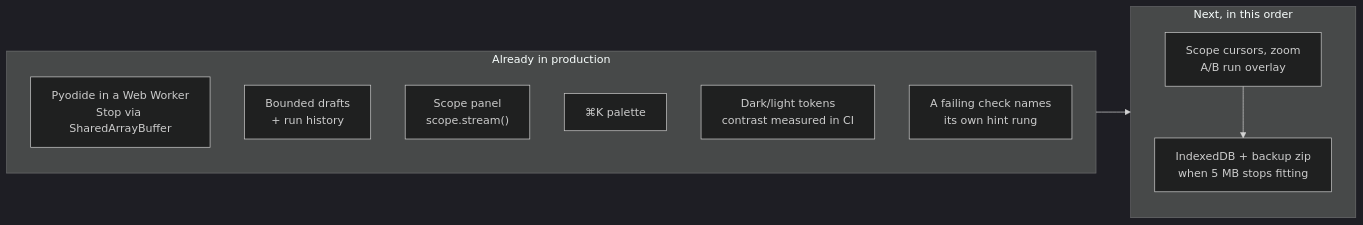
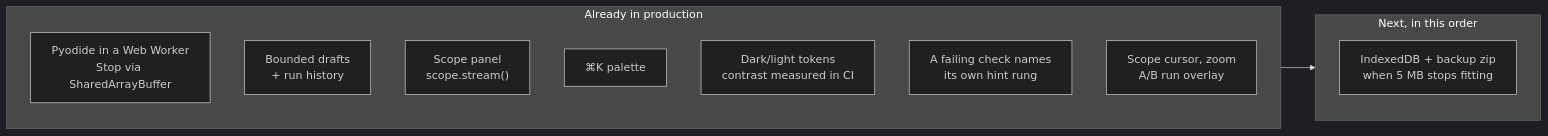
One commit to TLE47/Mechatronics-Roadmap changed the diagram in docs/PLAN-2.0-GAP.md. Above: the diagram before and after it, drawn with Mermaid (dark theme). The commit also changed other lines of this file and 8 other files, not shown here.

First line of the commit message:
Read the Scope: a cursor, a zoom, and two runs on one pair of axes

````diff
--- a/docs/PLAN-2.0-GAP.md
+++ b/docs/PLAN-2.0-GAP.md
@@ -8,16 +8,16 @@
 ```mermaid
 flowchart LR
     subgraph shipped["Already in production"]
         W["Pyodide in a Web Worker<br/>Stop via SharedArrayBuffer"]
         D["Bounded drafts<br/>+ run history"]
         S["Scope panel<br/>scope.stream()"]
         P["⌘K palette"]
         T["Dark/light tokens<br/>contrast measured in CI"]
         H["A failing check names<br/>its own hint rung"]
+        A["Scope cursor, zoom<br/>A/B run overlay"]
     end
     subgraph next["Next, in this order"]
-        A["Scope cursors, zoom<br/>A/B run overlay"]
-        A --> X["IndexedDB + backup zip<br/>when 5 MB stops fitting"]
+        X["IndexedDB + backup zip<br/>when 5 MB stops fitting"]
     end
     shipped --> next
 ```
````
